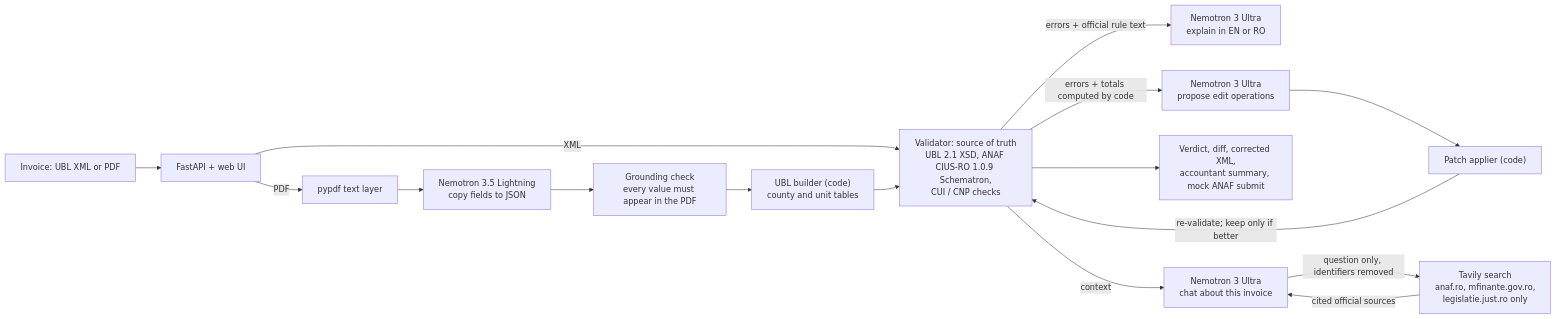
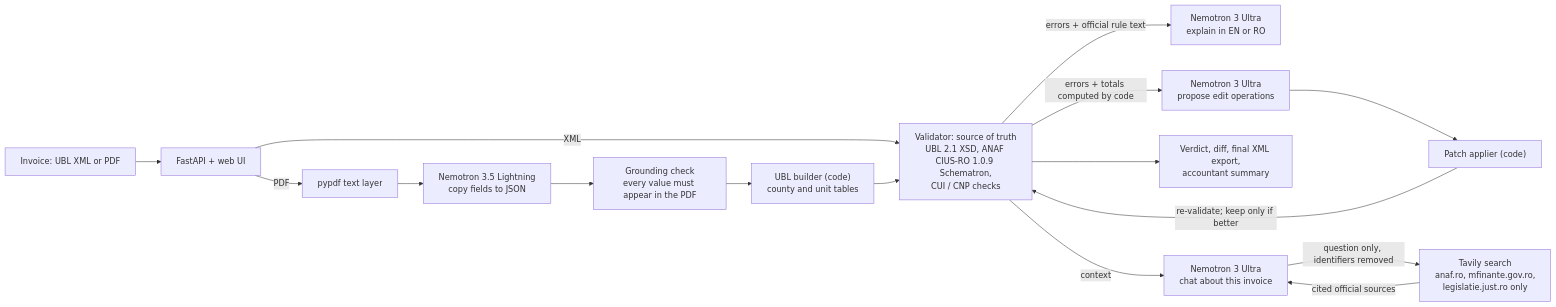
The diagram in README.md (agbozo1/FacturaGuard), drawn with Mermaid before and after one commit. The commit also changed other lines of this file and 11 other files, not shown here.

First line of the commit message:
Replace mock ANAF submission with 'Export final XML'; add About page with how-it-works diagram

````diff
--- a/README.md
+++ b/README.md
@@ -43,18 +43,18 @@
 ```mermaid
 flowchart LR
     U["Invoice: UBL XML or PDF"] --> API["FastAPI + web UI"]
     API -- PDF --> TXT["pypdf text layer"]
     TXT --> EX["Nemotron 3.5 Lightning<br/>copy fields to JSON"]
     EX --> GR["Grounding check<br/>every value must appear in the PDF"]
     GR --> BLD["UBL builder (code)<br/>county and unit tables"]
     API -- XML --> VAL
     BLD --> VAL["Validator: source of truth<br/>UBL 2.1 XSD, ANAF CIUS-RO 1.0.9 Schematron,<br/>CUI / CNP checks"]
     VAL -- "errors + official rule text" --> EXP["Nemotron 3 Ultra<br/>explain in EN or RO"]
     VAL -- "errors + totals computed by code" --> REP["Nemotron 3 Ultra<br/>propose edit operations"]
     REP --> PATCH["Patch applier (code)"]
     PATCH -- "re-validate; keep only if better" --> VAL
-    VAL --> OUT["Verdict, diff, corrected XML,<br/>accountant summary, mock ANAF submit"]
+    VAL --> OUT["Verdict, diff, final XML export,<br/>accountant summary"]
     VAL -- "context" --> CHAT["Nemotron 3 Ultra<br/>chat about this invoice"]
     CHAT -- "question only, identifiers removed" --> TAV["Tavily search<br/>anaf.ro, mfinante.gov.ro,<br/>legislatie.just.ro only"]
     TAV -- "cited official sources" --> CHAT
 ```
````
